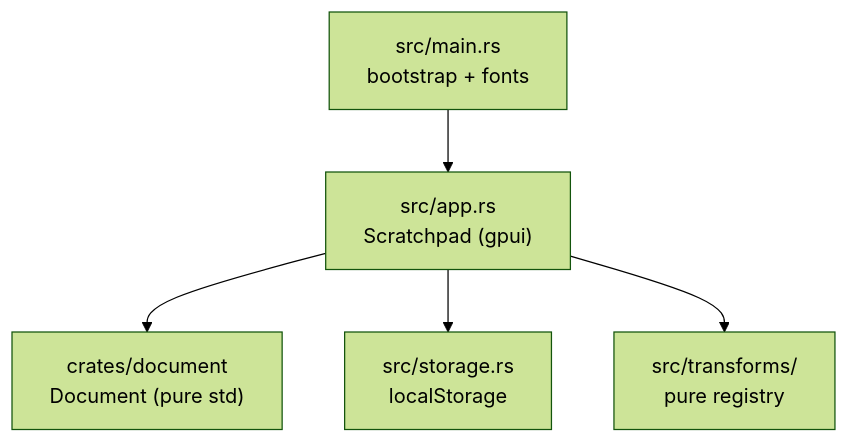
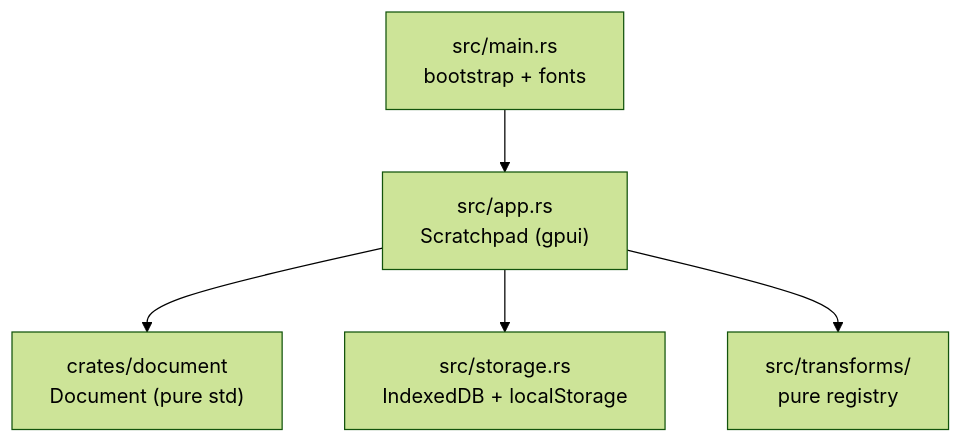
The diagram in AGENTS.md (sulliwan/ZapSlab), drawn with Mermaid (forest theme) before and after one commit. The commit also changed other lines of this file and 8 other files, not shown here.

````diff
--- a/AGENTS.md
+++ b/AGENTS.md
@@ -76,7 +94,7 @@
 ```mermaid
 flowchart TD
     main["src/main.rs<br/>bootstrap + fonts"] --> app["src/app.rs<br/>Scratchpad (gpui)"]
     app --> doc["crates/document<br/>Document (pure std)"]
-    app --> storage["src/storage.rs<br/>localStorage"]
+    app --> storage["src/storage.rs<br/>IndexedDB + localStorage"]
     app --> transforms["src/transforms/<br/>pure registry"]
 ```
````
